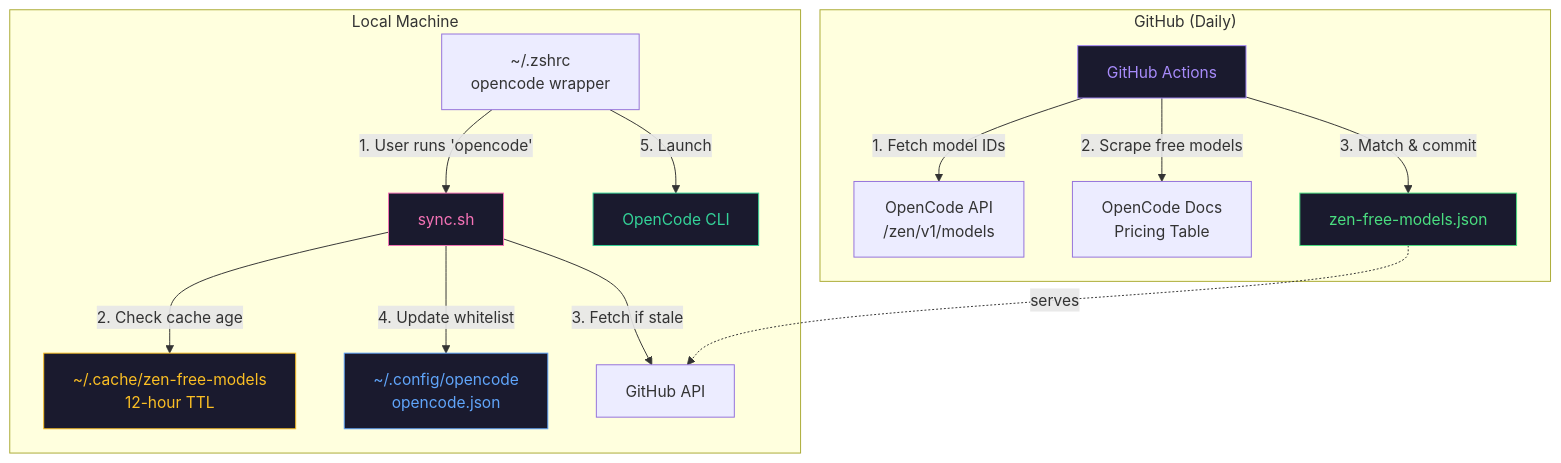
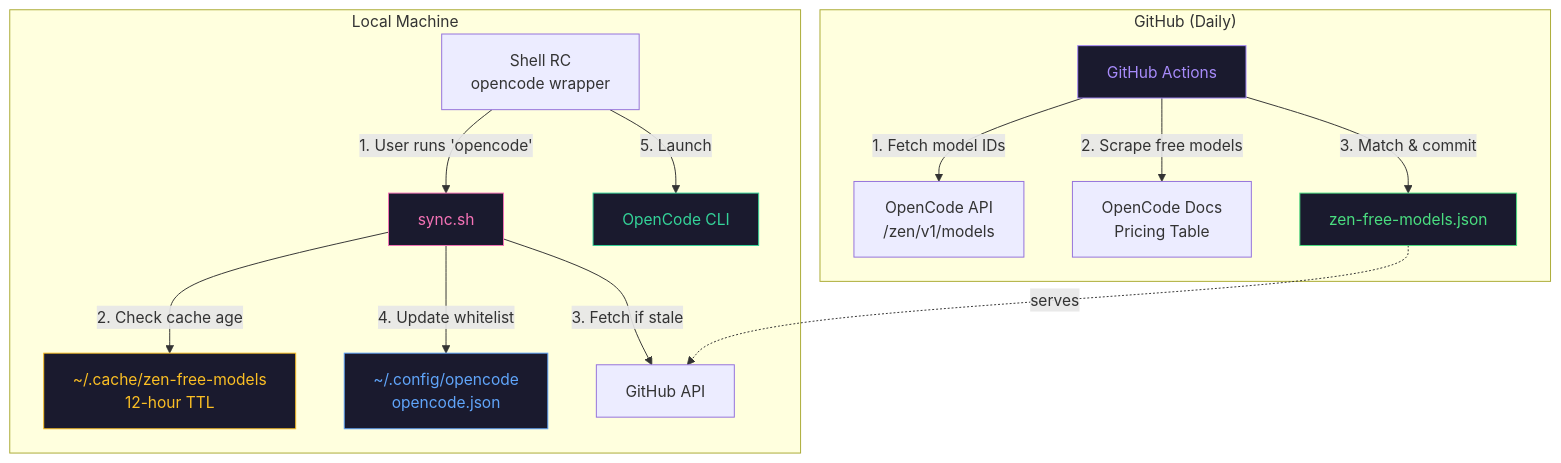
One commit to VcDoc/zen-free-models changed the diagram in README.md. Above: the diagram before and after it, drawn with Mermaid. The commit also changed other lines of this file, not shown here.

Commit message:
docs: Add Fish shell support and generalize shell wrapper installation instructions.

````diff
--- a/README.md
+++ b/README.md
@@ -14,37 +14,37 @@
 ```mermaid
 flowchart TB
     subgraph GitHub ["GitHub (Daily)"]
         GA[GitHub Actions]
         API[OpenCode API<br/>/zen/v1/models]
         DOCS[OpenCode Docs<br/>Pricing Table]
         JSON[zen-free-models.json]
 
         GA -->|1. Fetch model IDs| API
         GA -->|2. Scrape free models| DOCS
         GA -->|3. Match & commit| JSON
     end
 
     subgraph Local ["Local Machine"]
-        ZSH[~/.zshrc<br/>opencode wrapper]
+        ZSH[Shell RC<br/>opencode wrapper]
         SYNC[sync.sh]
         CACHE[~/.cache/zen-free-models<br/>12-hour TTL]
         CONFIG[~/.config/opencode<br/>opencode.json]
         OC[OpenCode CLI]
 
         ZSH -->|1. User runs 'opencode'| SYNC
         SYNC -->|2. Check cache age| CACHE
         SYNC -->|3. Fetch if stale| GHAPI
         SYNC -->|4. Update whitelist| CONFIG
         ZSH -->|5. Launch| OC
     end
 
     GHAPI[GitHub API]
     JSON -.->|serves| GHAPI
 
     style JSON fill:#1a1a2e,stroke:#4ade80,color:#4ade80
     style CONFIG fill:#1a1a2e,stroke:#60a5fa,color:#60a5fa
     style CACHE fill:#1a1a2e,stroke:#fbbf24,color:#fbbf24
     style GA fill:#1a1a2e,stroke:#a78bfa,color:#a78bfa
     style SYNC fill:#1a1a2e,stroke:#f472b6,color:#f472b6
     style OC fill:#1a1a2e,stroke:#34d399,color:#34d399
 ```
````
